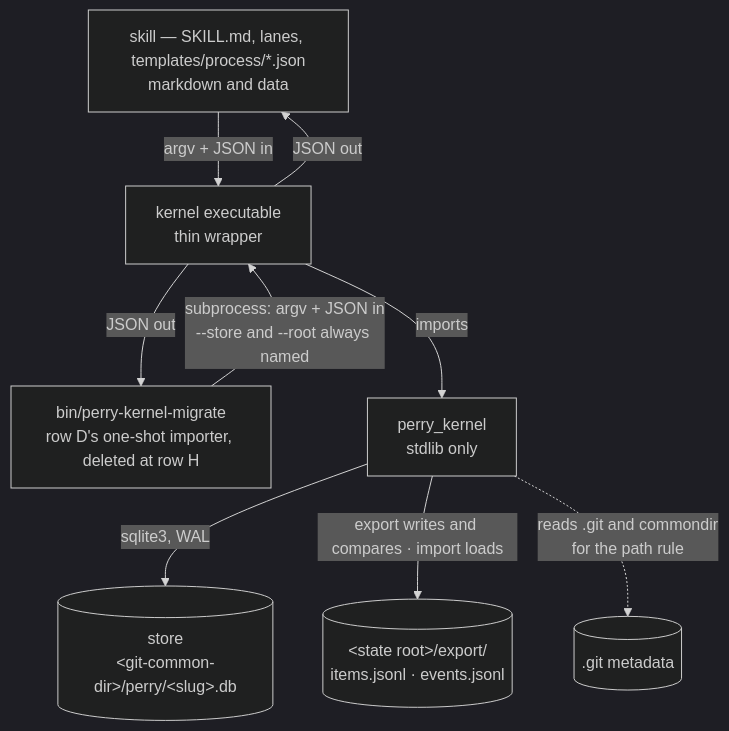
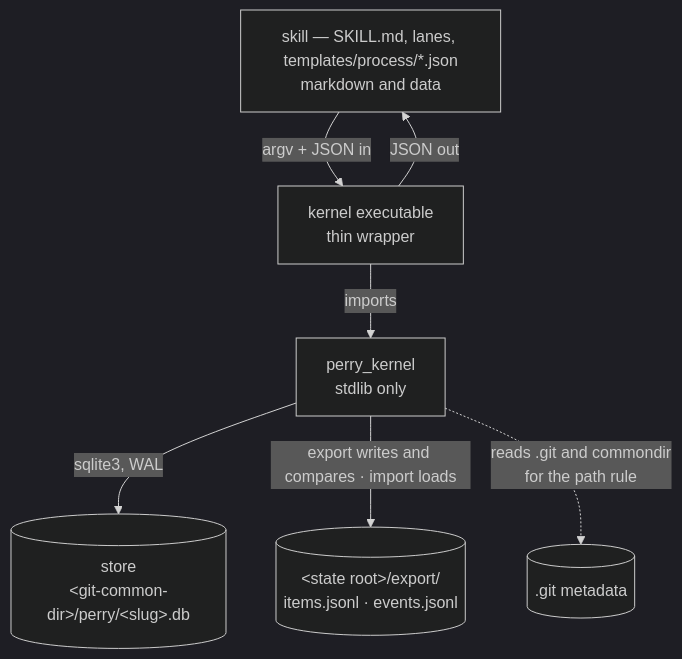
The first of 2 diagrams in kernel/ARCHITECTURE.md (ranjiao/Perry), drawn with Mermaid (dark theme) before and after one commit. The commit also changed other lines of this file and 11 other files, not shown here.

Commit message:
docs: reconcile reviewable H architecture and retirement decisions

````diff
--- a/kernel/ARCHITECTURE.md
+++ b/kernel/ARCHITECTURE.md
@@ -72,11 +71,9 @@
 ```mermaid
 flowchart TD
     Skill["skill — SKILL.md, lanes, templates/process/*.json<br/>markdown and data"] -->|"argv + JSON in"| CLI["kernel executable<br/>thin wrapper"]
-    Migrate["bin/perry-kernel-migrate<br/>row D's one-shot importer, deleted at row H"] -->|"subprocess: argv + JSON in<br/>--store and --root always named"| CLI
     CLI -->|imports| Pkg["perry_kernel<br/>stdlib only"]
     Pkg -->|"sqlite3, WAL"| Store[("store<br/>&lt;git-common-dir&gt;/perry/&lt;slug&gt;.db")]
     Pkg -->|"export writes and compares · import loads"| Export[("&lt;state root&gt;/export/<br/>items.jsonl · events.jsonl")]
     Pkg -.->|"reads .git and commondir<br/>for the path rule"| Git[(".git metadata")]
     CLI -->|"JSON out"| Skill
-    CLI -->|"JSON out"| Migrate
 ```
````
